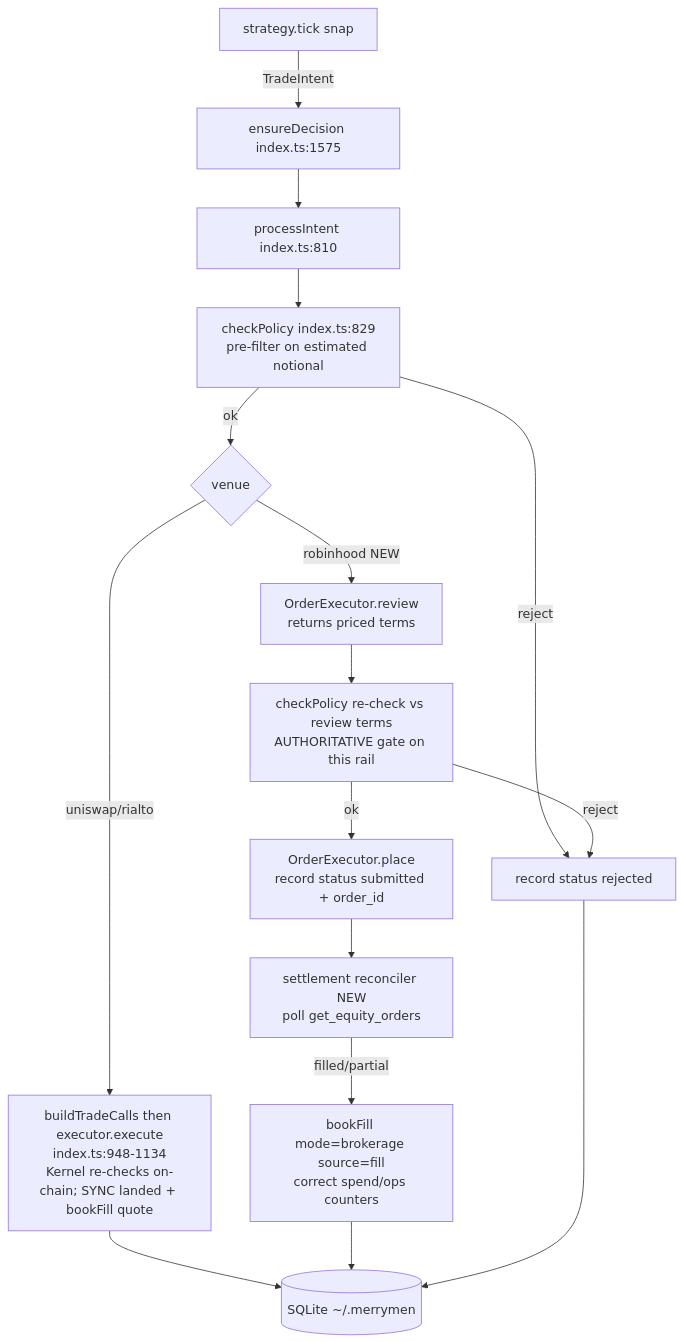
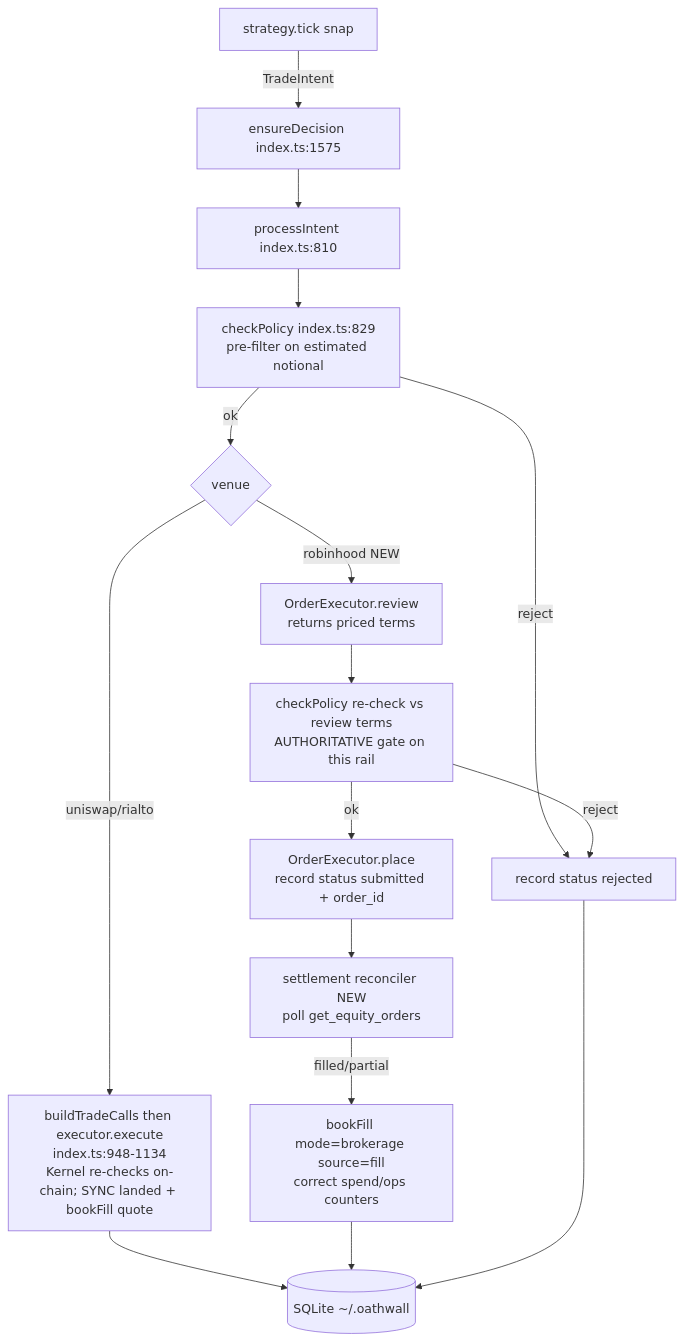
Before and after one commit to rempprandy-afk/oathwall: the diagram in spikes/robinhood-mcp/DESIGN.md, drawn with Mermaid. The commit also changed other lines of this file and 412 other files, not shown here.

First line of the commit message:
rebrand merrymen to oathwall, redesign the site and homepage

````diff
--- a/spikes/robinhood-mcp/DESIGN.md
+++ b/spikes/robinhood-mcp/DESIGN.md
@@ -75,18 +75,18 @@
 ```mermaid
 flowchart TD
     A[strategy.tick snap] -->|TradeIntent| B[ensureDecision index.ts:1575]
     B --> C[processIntent index.ts:810]
     C --> D[checkPolicy index.ts:829<br/>pre-filter on estimated notional]
     D -->|reject| R[record status rejected]
     D -->|ok| E{venue}
     E -->|uniswap/rialto| F[buildTradeCalls then executor.execute<br/>index.ts:948-1134<br/>Kernel re-checks on-chain; SYNC landed + bookFill quote]
     E -->|robinhood NEW| G1[OrderExecutor.review<br/>returns priced terms]
     G1 --> D2[checkPolicy re-check vs review terms<br/>AUTHORITATIVE gate on this rail]
     D2 -->|reject| R
     D2 -->|ok| G2[OrderExecutor.place<br/>record status submitted + order_id]
     G2 --> H[settlement reconciler NEW<br/>poll get_equity_orders]
     H -->|filled/partial| I[bookFill mode=brokerage source=fill<br/>correct spend/ops counters]
-    F --> J[(SQLite ~/.merrymen)]
+    F --> J[(SQLite ~/.oathwall)]
     I --> J
     R --> J
 ```
````
